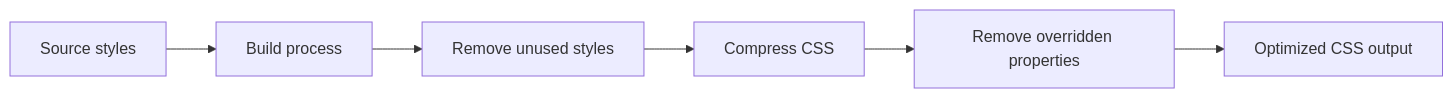
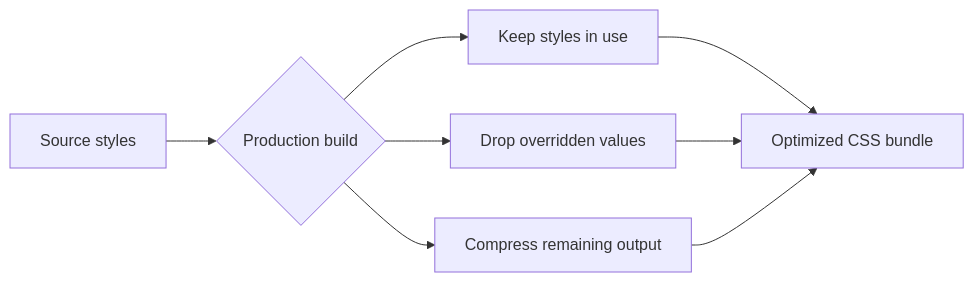
One commit to Mohita111/API2 changed the diagram in api2-documentation/plan_2026-11-02_f8890e/user-facing-docs/css-optimization.md. Above: the diagram before and after it, drawn with Mermaid. The commit also changed other lines of this file and 13 other files, not shown here.

````diff
--- a/api2-documentation/plan_2026-11-02_f8890e/user-facing-docs/css-optimization.md
+++ b/api2-documentation/plan_2026-11-02_f8890e/user-facing-docs/css-optimization.md
@@ -20,8 +15,10 @@
 ```mermaid
 graph LR
-    A[Source styles] --> B[Build process]
-    B --> C[Remove unused styles]
-    C --> D[Compress CSS]
-    D --> E[Remove overridden properties]
-    E --> F[Optimized CSS output]
+    A[Source styles] --> B{Production build}
+    B --> C[Keep styles in use]
+    B --> D[Drop overridden values]
+    B --> E[Compress remaining output]
+    C --> F[Optimized CSS bundle]
+    D --> F
+    E --> F
 ```
````
